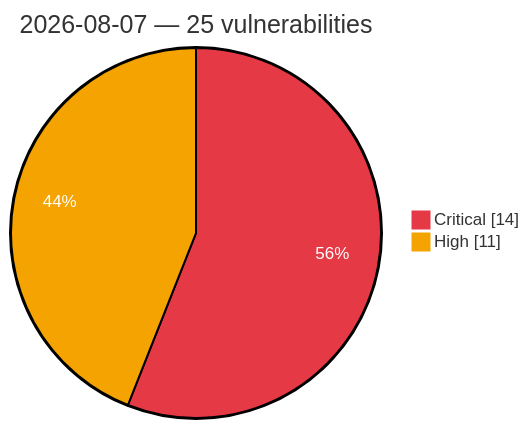
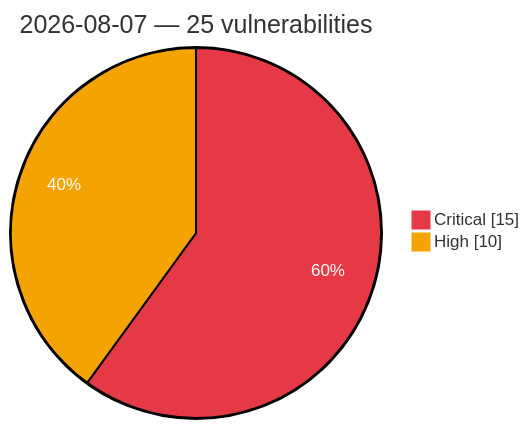
One commit to GhostX0X/vuln-tracker changed the diagram in vulnerabilities/2026-08-07.md. Above: the diagram before and after it, drawn with Mermaid. The commit also changed other lines of this file and 1 other file, not shown here.

Commit message:
Auto update: critical/high vulns (2026-08-07 16:33 UTC)

````diff
--- a/vulnerabilities/2026-08-07.md
+++ b/vulnerabilities/2026-08-07.md
@@ -3,7 +3,7 @@
 ```mermaid
 %%{init: {'theme':'base', 'themeVariables': {'pie1':'#e63946', 'pie2':'#f4a300', 'pieOpacity':'1', 'pieOuterStrokeWidth':'2px', 'pieSectionTextColor':'#ffffff'}}}%%
 pie showData
     title 2026-08-07 — 25 vulnerabilities
-    "Critical" : 14
-    "High" : 11
+    "Critical" : 15
+    "High" : 10
 ```
````
